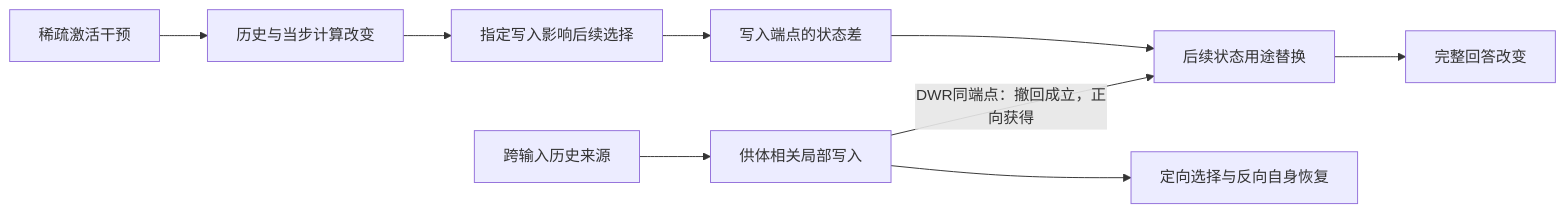
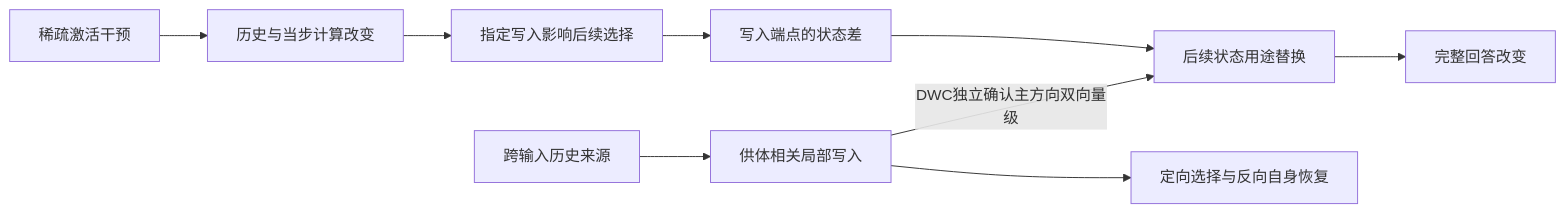
One commit to yuxiexiong/acupuncture changed the diagram in docs/mechanism-paper-skeleton-2026-11-05.zh-CN.md. Above: the diagram before and after it, drawn with Mermaid. The commit also changed other lines of this file and 1415 other files, not shown here.

````diff
--- a/docs/mechanism-paper-skeleton-2026-11-05.zh-CN.md
+++ b/docs/mechanism-paper-skeleton-2026-11-05.zh-CN.md
@@ -229,11 +256,11 @@
 ```mermaid
 flowchart LR
     I[稀疏激活干预] --> H[历史与当步计算改变]
     H --> W[指定写入影响后续选择]
     W --> S[写入端点的状态差]
     S --> R[后续状态用途替换]
     R --> Y[完整回答改变]
     V[跨输入历史来源] --> DW[供体相关局部写入]
     DW --> DY[定向选择与反向自身恢复]
-    DW -->|DWR同端点：撤回成立，正向获得| R
+    DW -->|DWC独立确认主方向双向量级| R
 ```
````
